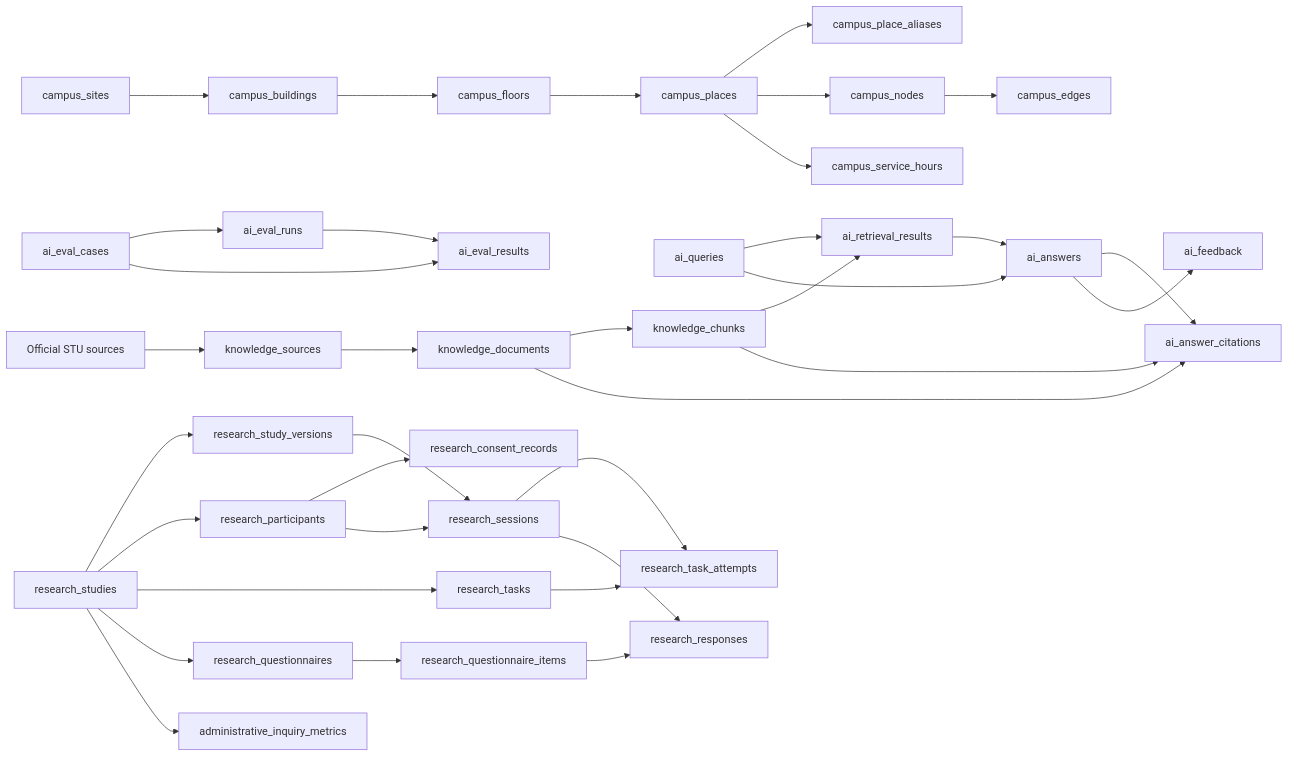
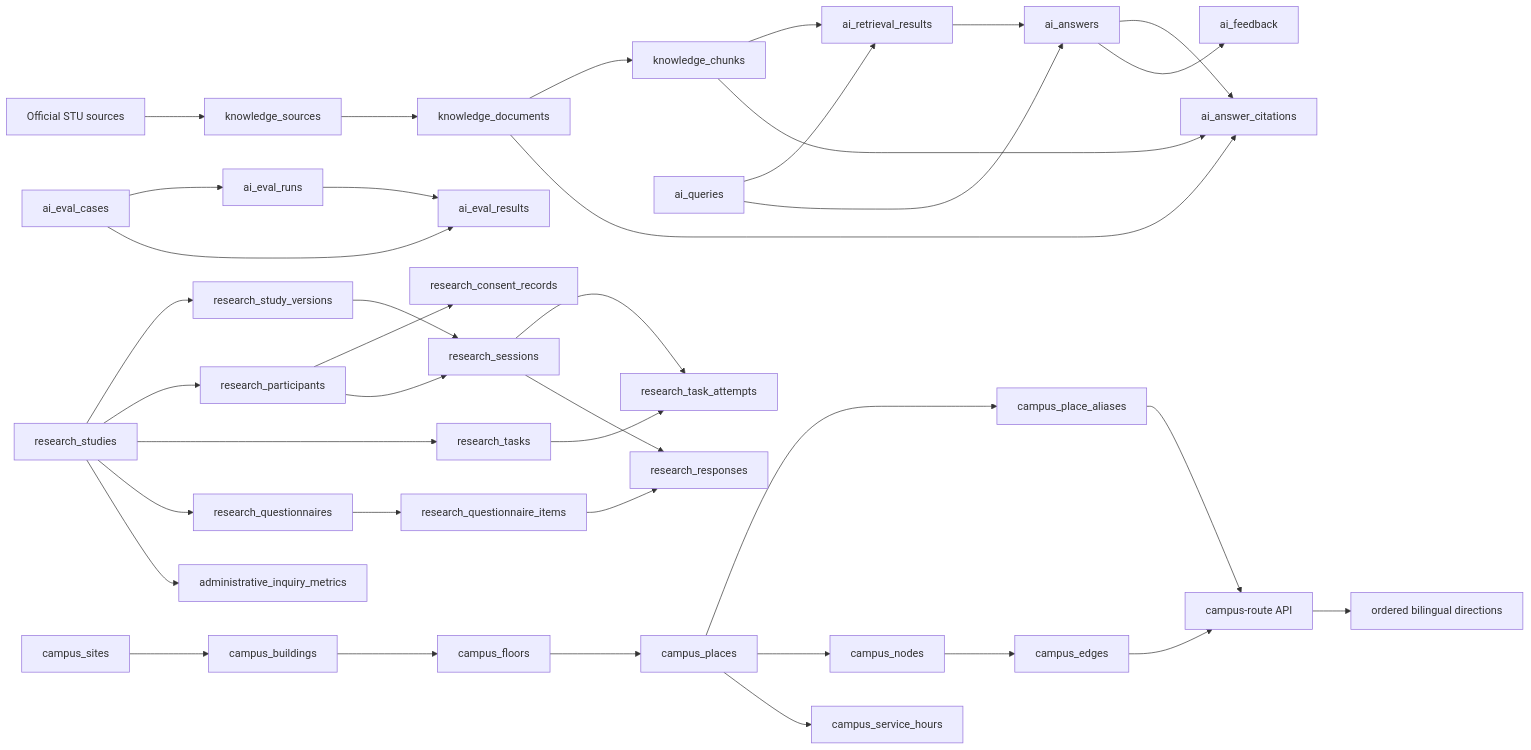
The diagram in docs/RESEARCH_SYSTEM_SCHEMA.md (LuxArt0317/std_edu_ai), drawn with Mermaid before and after one commit. The commit also changed other lines of this file and 18 other files, not shown here.

````diff
--- a/docs/RESEARCH_SYSTEM_SCHEMA.md
+++ b/docs/RESEARCH_SYSTEM_SCHEMA.md
@@ -7,39 +7,42 @@
 ```mermaid
 flowchart LR
   Official[Official STU sources] --> Registry[knowledge_sources]
   Registry --> Documents[knowledge_documents]
   Documents --> Chunks[knowledge_chunks]
   Chunks --> Retrieval[ai_retrieval_results]
   Query[ai_queries] --> Retrieval
   Query --> Answer[ai_answers]
   Retrieval --> Answer
   Answer --> Citations[ai_answer_citations]
   Documents --> Citations
   Chunks --> Citations
   Answer --> Feedback[ai_feedback]
   Cases[ai_eval_cases] --> Runs[ai_eval_runs]
   Runs --> Results[ai_eval_results]
   Cases --> Results
 
   Site[campus_sites] --> Building[campus_buildings]
   Building --> Floor[campus_floors]
   Floor --> Place[campus_places]
   Place --> Alias[campus_place_aliases]
   Place --> Node[campus_nodes]
   Node --> Edge[campus_edges]
   Place --> Hours[campus_service_hours]
+  Edge --> Router[campus-route API]
+  Alias --> Router
+  Router --> TextRoute[ordered bilingual directions]
 
   Study[research_studies] --> Version[research_study_versions]
   Study --> Participant[research_participants]
   Participant --> Consent[research_consent_records]
   Study --> Task[research_tasks]
   Participant --> Session[research_sessions]
   Version --> Session
   Session --> Attempt[research_task_attempts]
   Task --> Attempt
   Study --> Questionnaire[research_questionnaires]
   Questionnaire --> Item[research_questionnaire_items]
   Session --> Response[research_responses]
   Item --> Response
   Study --> Workload[administrative_inquiry_metrics]
 ```
````
